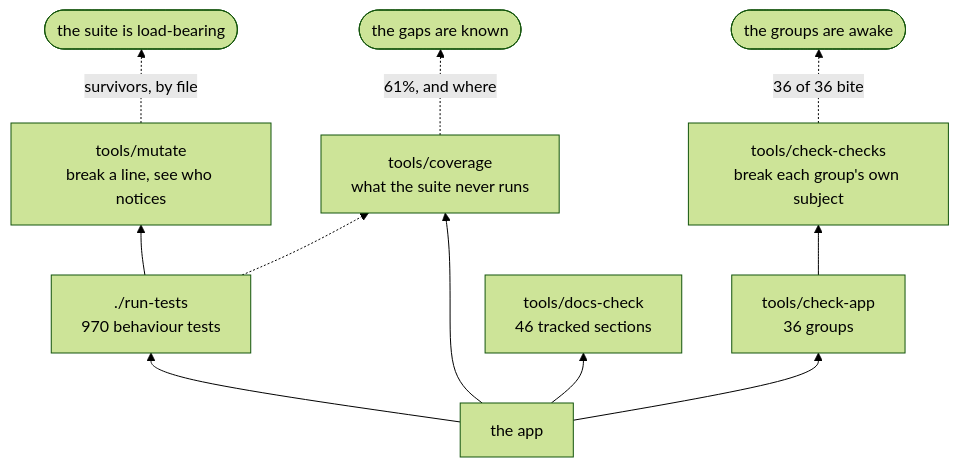
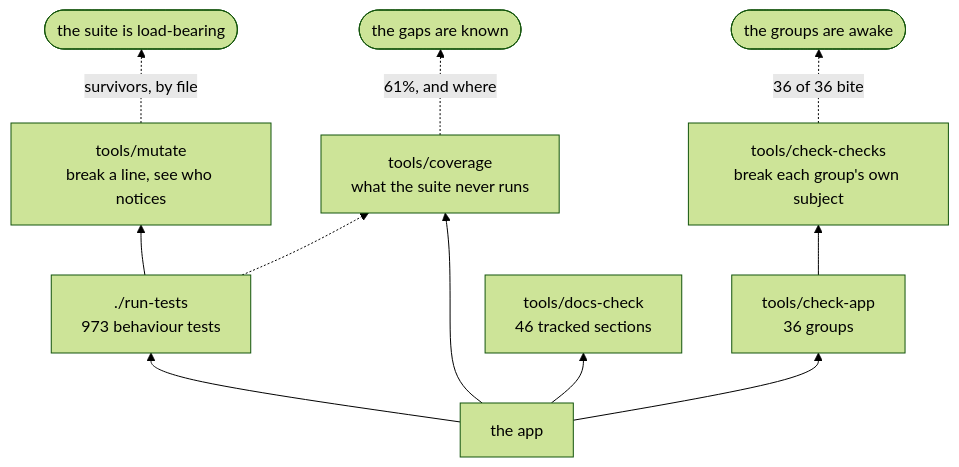
The second of 3 diagrams in docs/DEVELOPING.md (minormending/crystal-pilot-mobile), drawn with Mermaid (forest theme) before and after one commit. The commit also changed other lines of this file and 7 other files, not shown here.

````diff
--- a/docs/DEVELOPING.md
+++ b/docs/DEVELOPING.md
@@ -128,13 +128,13 @@
 ```mermaid
 flowchart BT
-    C["the app"] --> T["./run-tests<br/>970 behaviour tests"]
+    C["the app"] --> T["./run-tests<br/>973 behaviour tests"]
     C --> A["tools/check-app<br/>36 groups"]
     C --> D["tools/docs-check<br/>46 tracked sections"]
     C --> V["tools/coverage<br/>what the suite never runs"]
     T --> M["tools/mutate<br/>break a line, see who notices"]
     A --> K["tools/check-checks<br/>break each group's own subject"]
     T -.-> V
     M -.->|"survivors, by file"| R(["the suite is load-bearing"])
     K -.->|"36 of 36 bite"| R2(["the groups are awake"])
     V -.->|"61%, and where"| R3(["the gaps are known"])
 ```
````
